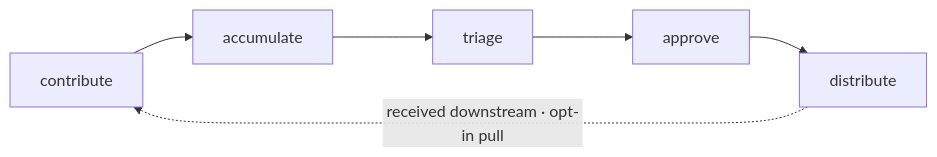
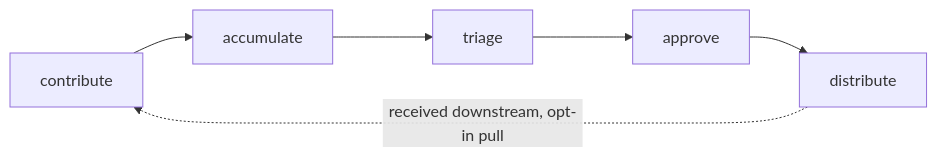
One commit to sensei-hq/sensei changed the fourth of 4 diagrams in docs/features/dojo/sitemap.md. Above: the diagram before and after it, drawn with Mermaid. The commit also changed other lines of this file, not shown here.

````diff
--- a/docs/features/dojo/sitemap.md
+++ b/docs/features/dojo/sitemap.md
@@ -170,5 +150,5 @@
 ```mermaid
 flowchart LR
   c1[contribute] --> c2[accumulate] --> c3[triage] --> c4[approve] --> c5[distribute]
-  c5 -. "received downstream · opt-in pull" .-> c1
+  c5 -. "received downstream, opt-in pull" .-> c1
 ```
````
